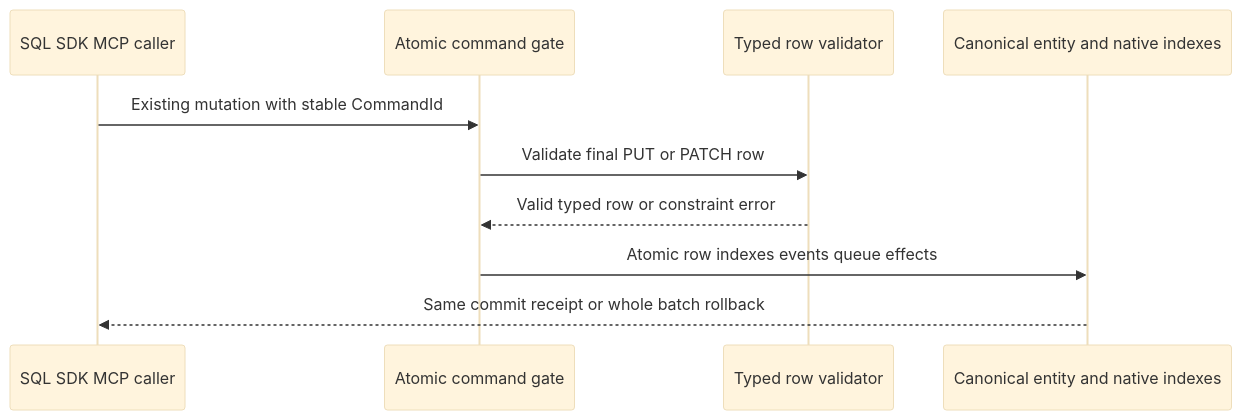
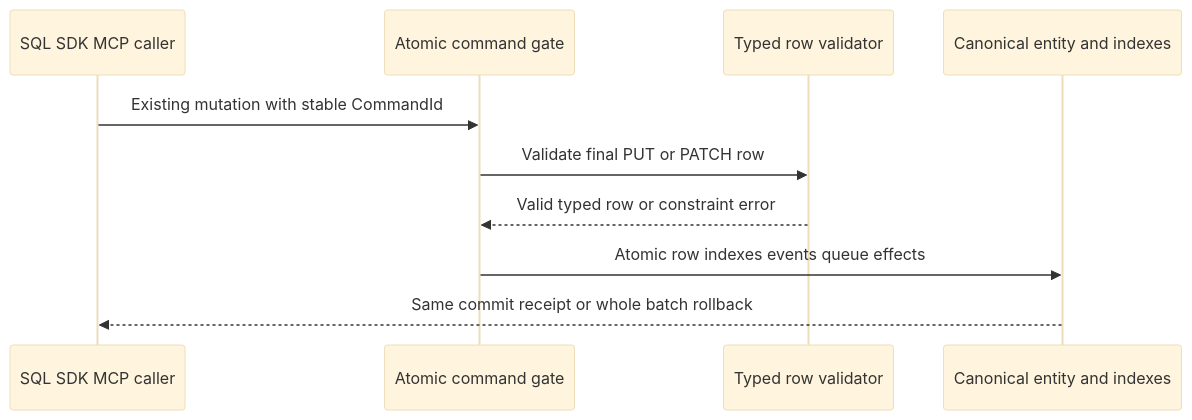
One commit to managedcode/KeyLoad changed the diagram in docs/Features/RelationalStorage.md. Above: the diagram before and after it, drawn with Mermaid (base theme). The commit also changed other lines of this file and 9016 other files, not shown here.

````diff
--- a/docs/Features/RelationalStorage.md
+++ b/docs/Features/RelationalStorage.md
@@ -17,12 +17,12 @@
 ```mermaid
 sequenceDiagram
  participant Caller as SQL SDK MCP caller
  participant Gate as Atomic command gate
  participant Table as Typed row validator
- participant Store as Canonical entity and native indexes
+ participant Store as Canonical entity and indexes
  Caller->>Gate: Existing mutation with stable CommandId
  Gate->>Table: Validate final PUT or PATCH row
  Table-->>Gate: Valid typed row or constraint error
  Gate->>Store: Atomic row indexes events queue effects
  Store-->>Caller: Same commit receipt or whole batch rollback
 ```
````
